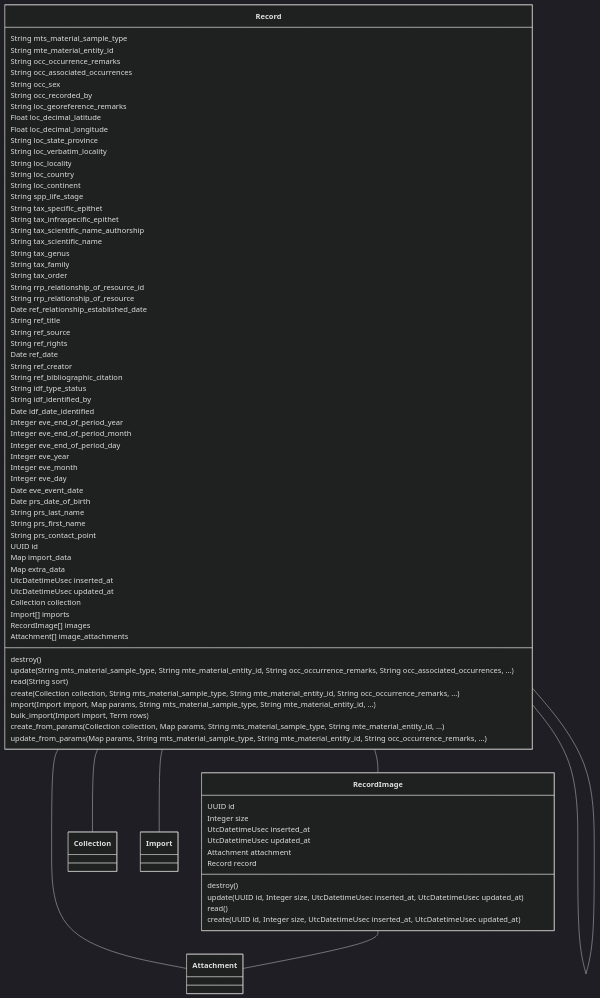
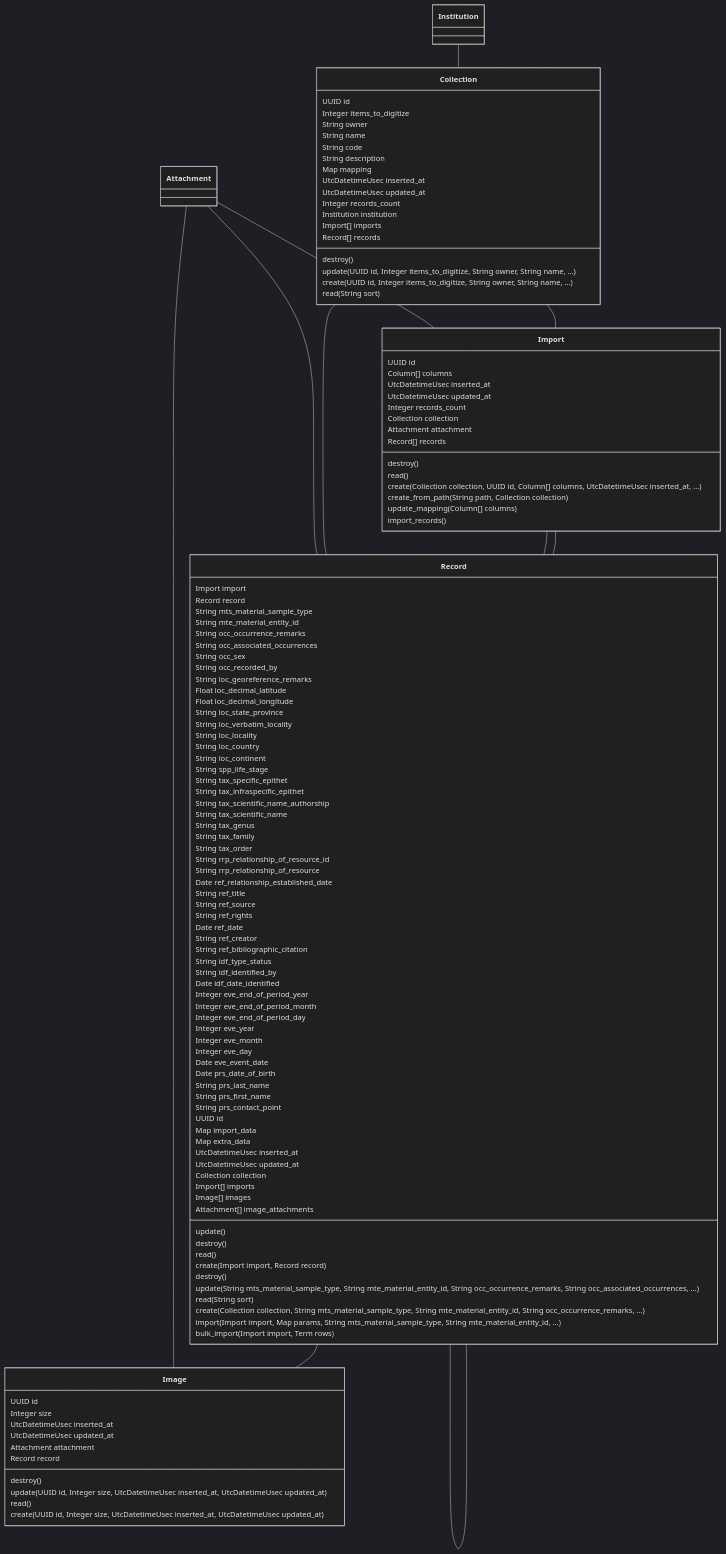
One commit to zebbra/data_aggregator changed the third of 8 diagrams in docs/api.md. Above: the diagram before and after it, drawn with Mermaid (dark theme). The commit also changed other lines of this file and 87 other files, not shown here.

````diff
--- a/docs/api.md
+++ b/docs/api.md
@@ -238,5 +87,48 @@
 ```mermaid
 classDiagram
+    class Collection {
+        UUID id
+        Integer items_to_digitize
+        String owner
+        String name
+        String code
+        String description
+        Map mapping
+        UtcDatetimeUsec inserted_at
+        UtcDatetimeUsec updated_at
+        Integer records_count
+        Institution institution
+        Import[] imports
+        Record[] records
+        destroy()
+        update(UUID id, Integer items_to_digitize, String owner, String name, ...)
+        create(UUID id, Integer items_to_digitize, String owner, String name, ...)
+        read(String sort)
+    }
+    class Import {
+        UUID id
+        Column[] columns
+        UtcDatetimeUsec inserted_at
+        UtcDatetimeUsec updated_at
+        Integer records_count
+        Collection collection
+        Attachment attachment
+        Record[] records
+        destroy()
+        read()
+        create(Collection collection, UUID id, Column[] columns, UtcDatetimeUsec inserted_at, ...)
+        create_from_path(String path, Collection collection)
+        update_mapping(Column[] columns)
+        import_records()
+    }
+    class Record {
+        Import import
+        Record record
+        update()
+        destroy()
+        read()
+        create(Import import, Record record)
+    }
     class Record {
         String mts_material_sample_type
         String mte_material_entity_id
@@ -290,7 +182,7 @@
         UtcDatetimeUsec updated_at
         Collection collection
         Import[] imports
-        RecordImage[] images
+        Image[] images
         Attachment[] image_attachments
         destroy()
         update(String mts_material_sample_type, String mte_material_entity_id, String occ_occurrence_remarks, String occ_associated_occurrences, ...)
@@ -298,10 +190,8 @@
         create(Collection collection, String mts_material_sample_type, String mte_material_entity_id, String occ_occurrence_remarks, ...)
         import(Import import, Map params, String mts_material_sample_type, String mte_material_entity_id, ...)
         bulk_import(Import import, Term rows)
-        create_from_params(Collection collection, Map params, String mts_material_sample_type, String mte_material_entity_id, ...)
-        update_from_params(Map params, String mts_material_sample_type, String mte_material_entity_id, String occ_occurrence_remarks, ...)
     }
-    class RecordImage {
+    class Image {
         UUID id
         Integer size
         UtcDatetimeUsec inserted_at
@@ -314,10 +204,14 @@
         create(UUID id, Integer size, UtcDatetimeUsec inserted_at, UtcDatetimeUsec updated_at)
     }
 
-    Record -- RecordImage
-    Record -- Attachment
-    Record -- Collection
-    Record -- Import
+    Attachment -- Import
+    Attachment -- Record
+    Attachment -- Image
+    Institution -- Collection
+    Collection -- Import
+    Collection -- Record
+    Import -- Record
+    Import -- Record
     Record -- Record
-    RecordImage -- Attachment
+    Record -- Image
 ```
````
